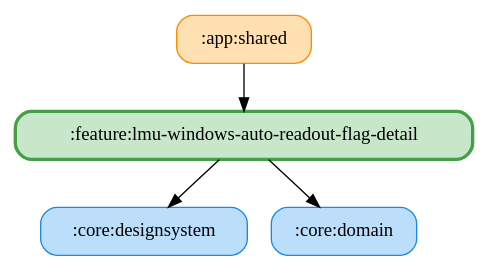
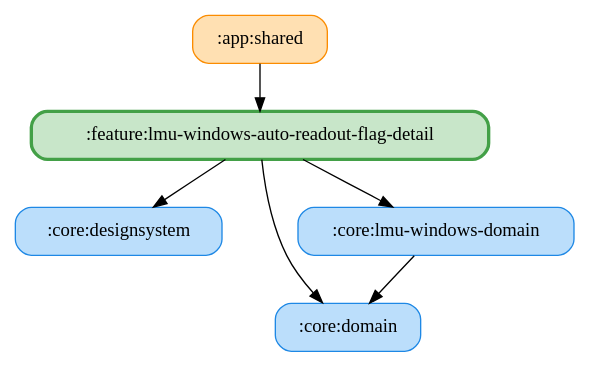
Before and after one commit to ai-kurou/KoDriver: the diagram in docs/graphs/feature-lmu-windows-auto-readout-flag-detail.gv, drawn with Graphviz. The commit also changed 46 other files, not shown here.

Commit message:
chore: update module graph images

```diff
--- a/docs/graphs/feature-lmu-windows-auto-readout-flag-detail.gv
+++ b/docs/graphs/feature-lmu-windows-auto-readout-flag-detail.gv
@@ -1,11 +1,14 @@
 digraph G {
   rankdir=TB
   node [shape=box, style="rounded,filled"]
   ":app:shared" [fillcolor="#FFE0B2", color="#FB8C00", penwidth=1]
   ":core:designsystem" [fillcolor="#BBDEFB", color="#1E88E5", penwidth=1]
   ":core:domain" [fillcolor="#BBDEFB", color="#1E88E5", penwidth=1]
+  ":core:lmu-windows-domain" [fillcolor="#BBDEFB", color="#1E88E5", penwidth=1]
   ":feature:lmu-windows-auto-readout-flag-detail" [fillcolor="#C8E6C9", color="#43A047", penwidth=2.5]
   ":app:shared" -> ":feature:lmu-windows-auto-readout-flag-detail"
+  ":core:lmu-windows-domain" -> ":core:domain"
   ":feature:lmu-windows-auto-readout-flag-detail" -> ":core:domain"
+  ":feature:lmu-windows-auto-readout-flag-detail" -> ":core:lmu-windows-domain"
   ":feature:lmu-windows-auto-readout-flag-detail" -> ":core:designsystem"
 }
```
